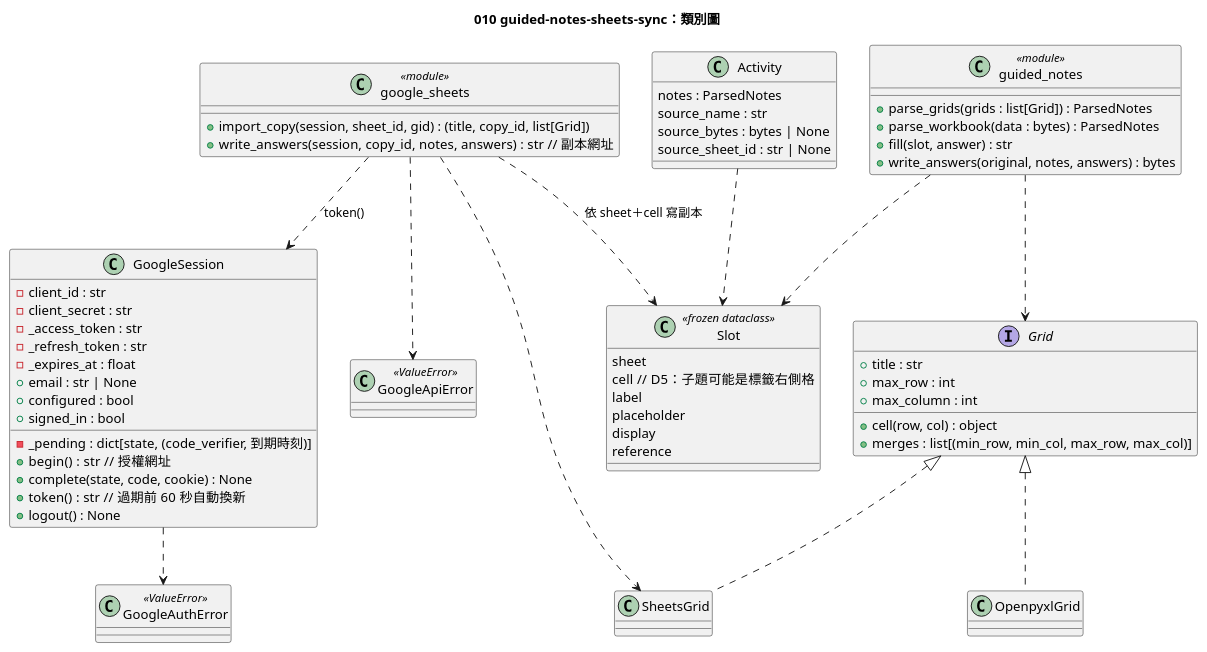
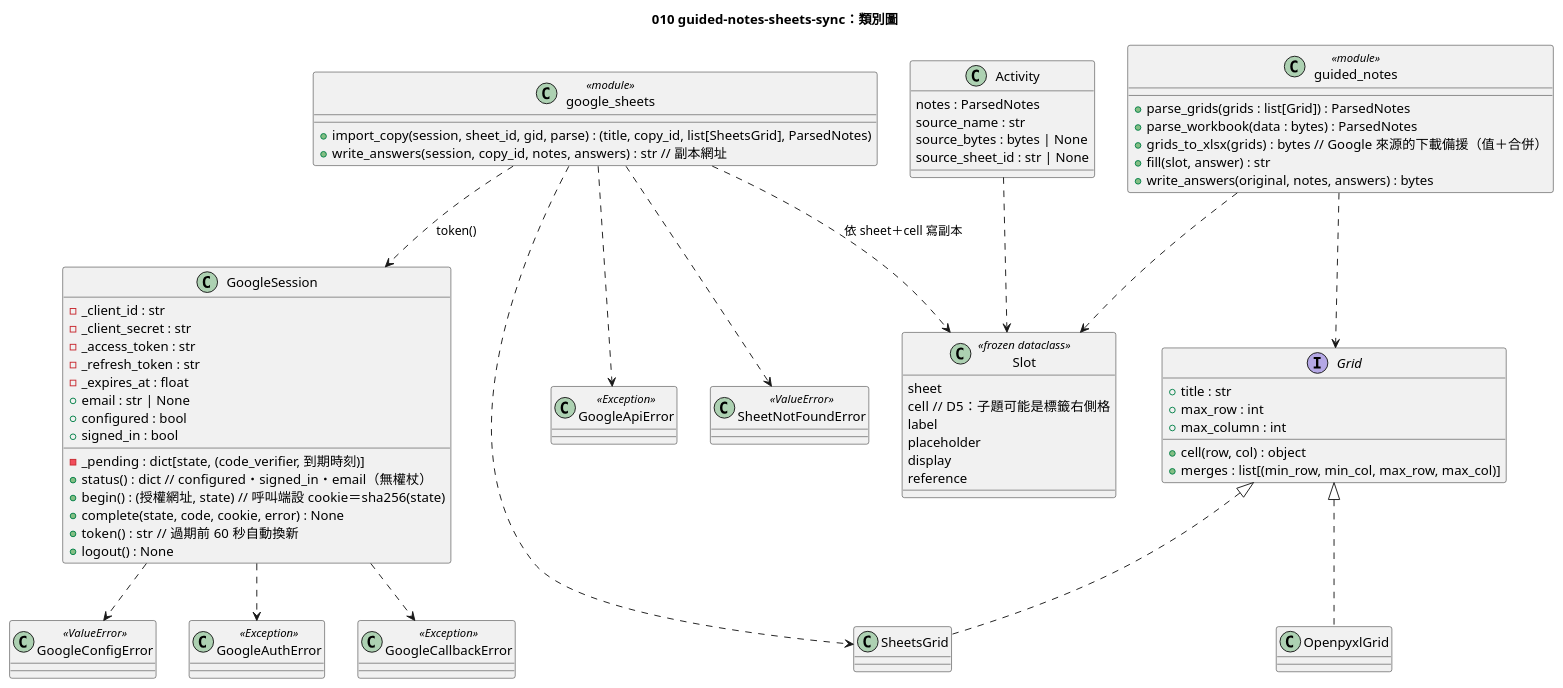
One commit to yue083139/software_fin-speckit changed the diagram in diagrams/010-guided-notes-sheets-sync-class.puml. Above: the diagram before and after it, drawn with PlantUML. The commit also changed 38 other files, not shown here.

First line of the commit message:
feat(server,web): [CORE] 010-guided-notes-sheets-sync 實作——直接串接雲端 Google Sheets 讀寫

```diff
--- a/diagrams/010-guided-notes-sheets-sync-class.puml
+++ b/diagrams/010-guided-notes-sheets-sync-class.puml
@@ -1,72 +1,80 @@
 @startuml 010-guided-notes-sheets-sync-class
 title 010 guided-notes-sheets-sync：類別圖
 
 class GoogleSession {
-  - client_id : str
-  - client_secret : str
+  - _client_id : str
+  - _client_secret : str
   - _pending : dict[state, (code_verifier, 到期時刻)]
   - _access_token : str
   - _refresh_token : str
   - _expires_at : float
   + email : str | None
   + configured : bool
   + signed_in : bool
-  + begin() : str  // 授權網址
-  + complete(state, code, cookie) : None
+  + status() : dict  // configured・signed_in・email（無權杖）
+  + begin() : (授權網址, state)  // 呼叫端設 cookie＝sha256(state)
+  + complete(state, code, cookie, error) : None
   + token() : str  // 過期前 60 秒自動換新
   + logout() : None
 }
 
-class GoogleAuthError <<ValueError>>
-class GoogleApiError <<ValueError>>
+class GoogleConfigError <<ValueError>>
+class GoogleAuthError <<Exception>>
+class GoogleCallbackError <<Exception>>
+class GoogleApiError <<Exception>>
+class SheetNotFoundError <<ValueError>>
 
 class google_sheets <<module>> {
-  + import_copy(session, sheet_id, gid) : (title, copy_id, list[Grid])
+  + import_copy(session, sheet_id, gid, parse) : (title, copy_id, list[SheetsGrid], ParsedNotes)
   + write_answers(session, copy_id, notes, answers) : str  // 副本網址
 }
 
 interface Grid {
   + title : str
   + max_row : int
   + max_column : int
   + cell(row, col) : object
   + merges : list[(min_row, min_col, max_row, max_col)]
 }
 
 class OpenpyxlGrid
 class SheetsGrid
 
 class guided_notes <<module>> {
   + parse_grids(grids : list[Grid]) : ParsedNotes
   + parse_workbook(data : bytes) : ParsedNotes
+  + grids_to_xlsx(grids) : bytes  // Google 來源的下載備援（值＋合併）
   + fill(slot, answer) : str
   + write_answers(original, notes, answers) : bytes
 }
 
 class Slot <<frozen dataclass>> {
   sheet
   cell  // D5：子題可能是標籤右側格
   label
   placeholder
   display
   reference
 }
 
 class Activity {
   notes : ParsedNotes
   source_name : str
   source_bytes : bytes | None
   source_sheet_id : str | None
 }
 
 Grid <|.. OpenpyxlGrid
 Grid <|.. SheetsGrid
 google_sheets ..> GoogleSession : token()
 google_sheets ..> SheetsGrid
 google_sheets ..> Slot : 依 sheet＋cell 寫副本
 guided_notes ..> Grid
 guided_notes ..> Slot
 GoogleSession ..> GoogleAuthError
+GoogleSession ..> GoogleConfigError
+GoogleSession ..> GoogleCallbackError
+google_sheets ..> SheetNotFoundError
 google_sheets ..> GoogleApiError
 Activity ..> Slot
 @enduml
```
